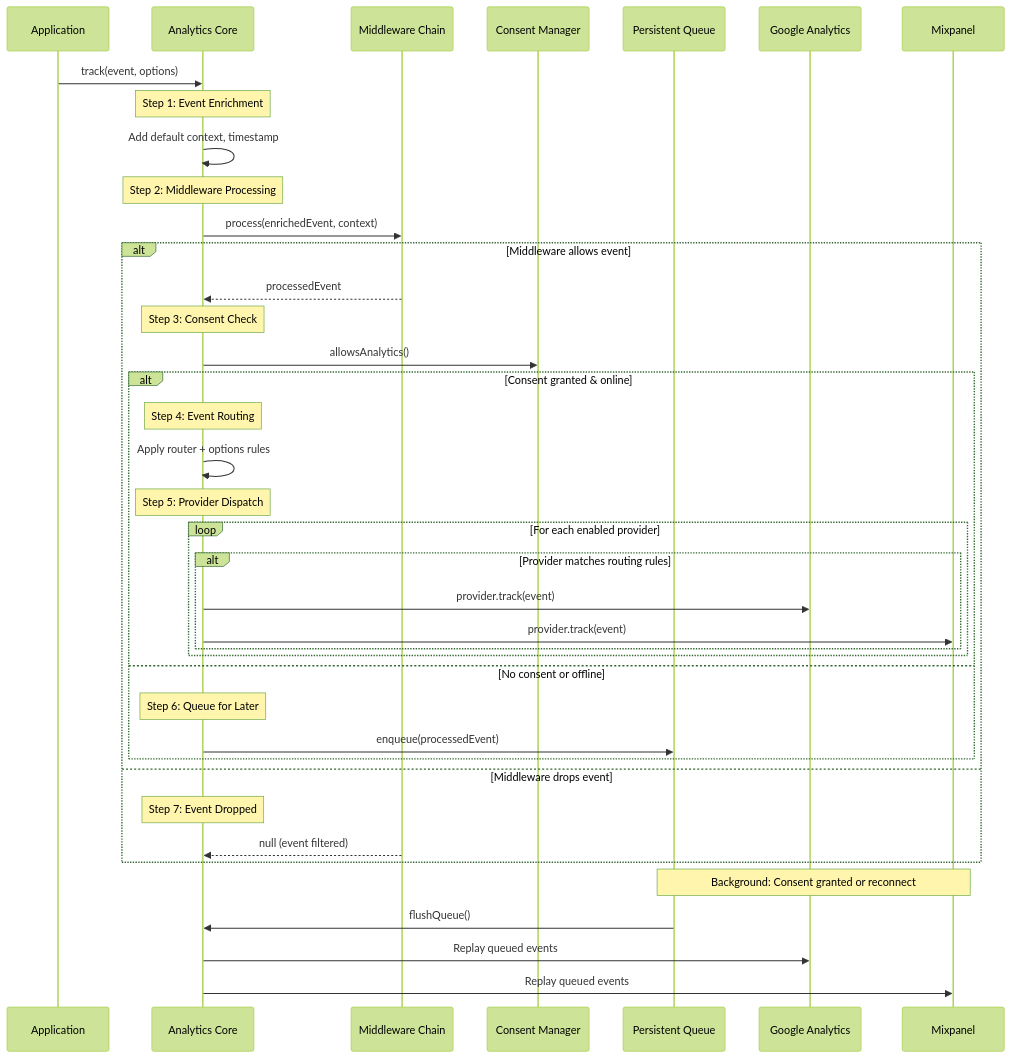
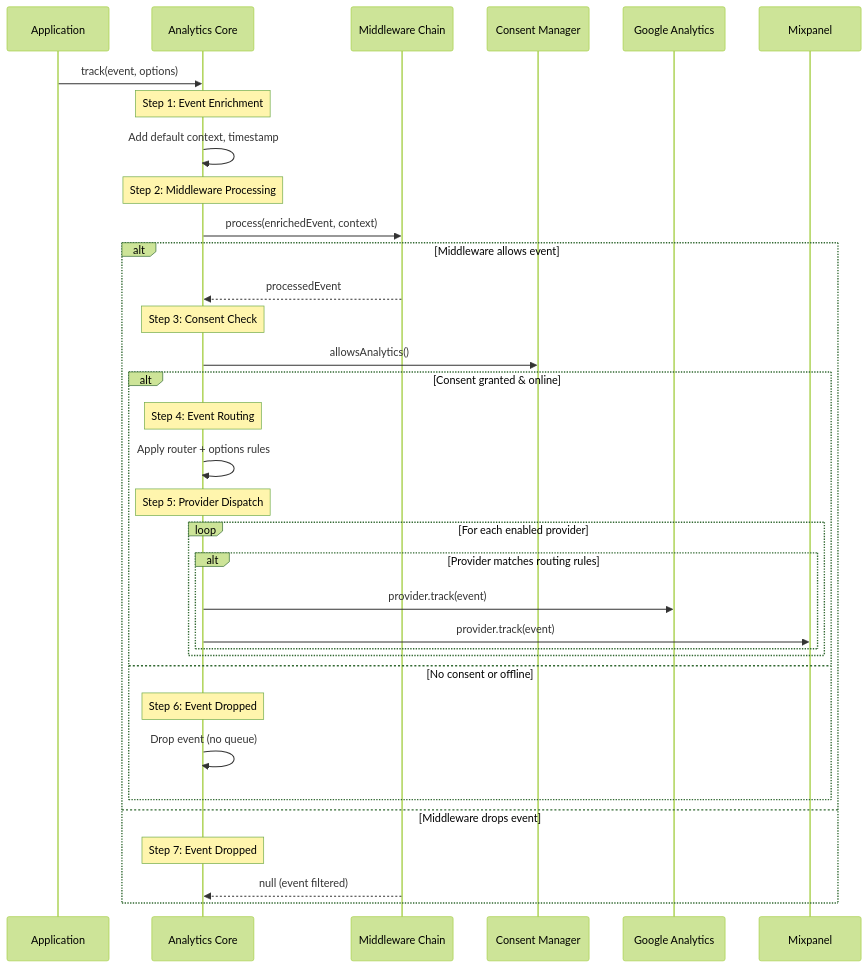
One commit to safe-global/safe-wallet-monorepo changed the second of 9 diagrams in docs/analytics-architecture.md. Above: the diagram before and after it, drawn with Mermaid (forest theme). The commit also changed other lines of this file and 5 other files, not shown here.

First line of the commit message:
refactor(analytics): Remove queue functionality from analytics core

````diff
--- a/docs/analytics-architecture.md
+++ b/docs/analytics-architecture.md
@@ -93,51 +87,46 @@
 ```mermaid
 sequenceDiagram
     participant App as Application
     participant Analytics as Analytics Core
     participant Middleware as Middleware Chain
     participant Consent as Consent Manager
-    participant Queue as Persistent Queue
     participant GA as Google Analytics
     participant MP as Mixpanel
 
     App->>Analytics: track(event, options)
 
     Note over Analytics: Step 1: Event Enrichment
     Analytics->>Analytics: Add default context, timestamp
 
     Note over Analytics: Step 2: Middleware Processing
     Analytics->>Middleware: process(enrichedEvent, context)
 
     alt Middleware allows event
         Middleware-->>Analytics: processedEvent
 
         Note over Analytics: Step 3: Consent Check
         Analytics->>Consent: allowsAnalytics()
 
         alt Consent granted & online
             Note over Analytics: Step 4: Event Routing
             Analytics->>Analytics: Apply router + options rules
 
             Note over Analytics: Step 5: Provider Dispatch
             loop For each enabled provider
                 alt Provider matches routing rules
                     Analytics->>GA: provider.track(event)
                     Analytics->>MP: provider.track(event)
                 end
             end
 
         else No consent or offline
-            Note over Analytics: Step 6: Queue for Later
-            Analytics->>Queue: enqueue(processedEvent)
+            Note over Analytics: Step 6: Event Dropped
+            Analytics->>Analytics: Drop event (no queue)
         end
 
     else Middleware drops event
         Note over Analytics: Step 7: Event Dropped
         Middleware-->>Analytics: null (event filtered)
     end
 
-    Note over Queue,MP: Background: Consent granted or reconnect
-    Queue->>Analytics: flushQueue()
-    Analytics->>GA: Replay queued events
-    Analytics->>MP: Replay queued events
 ```
````
